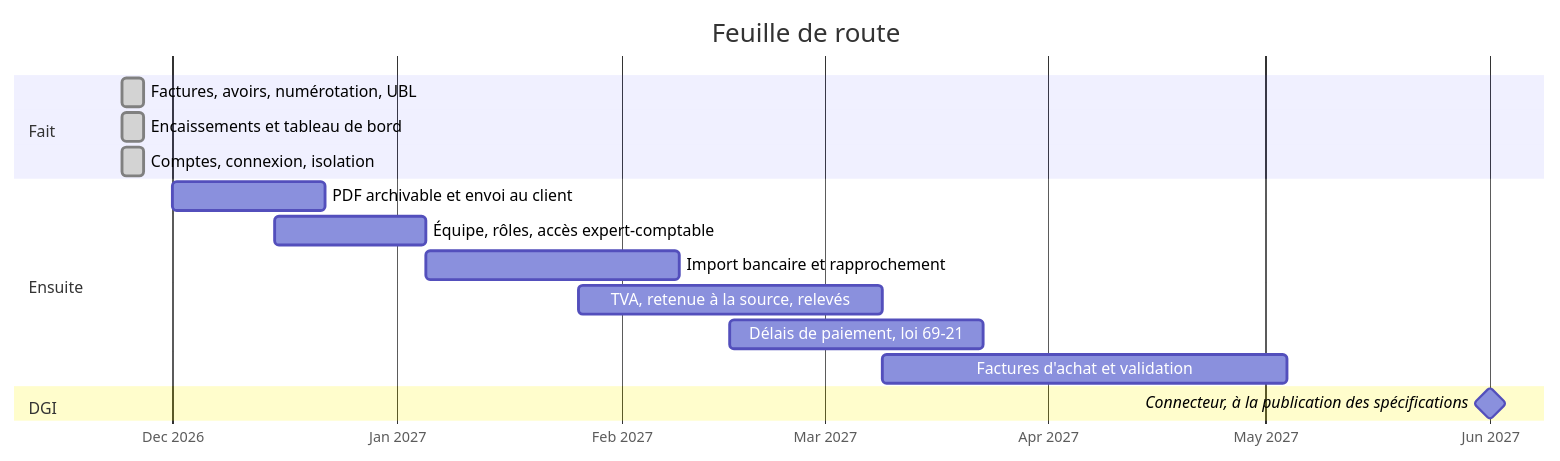
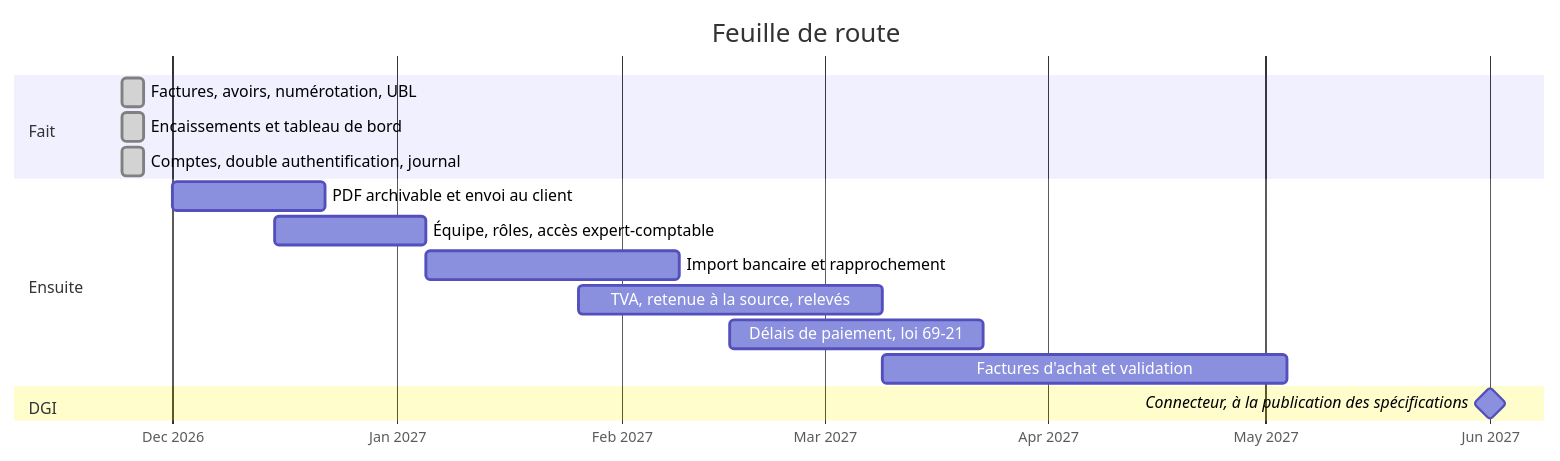
Before and after one commit to abderrahimghazali/tabaa: the fourth of 4 diagrams in README.md, drawn with Mermaid. The commit also changed other lines of this file and 58 other files, not shown here.

````diff
--- a/README.md
+++ b/README.md
@@ -218,19 +220,19 @@
 ```mermaid
 gantt
     title Feuille de route
     dateFormat YYYY-MM-DD
     axisFormat %b %Y
     section Fait
     Factures, avoirs, numérotation, UBL      :done, 2026-11-24, 3d
     Encaissements et tableau de bord         :done, 2026-11-24, 3d
-    Comptes, connexion, isolation            :done, 2026-11-24, 3d
+    Comptes, double authentification, journal :done, 2026-11-24, 3d
     section Ensuite
     PDF archivable et envoi au client        :2026-12-01, 3w
     Équipe, rôles, accès expert-comptable    :2026-12-15, 3w
     Import bancaire et rapprochement         :2027-01-05, 5w
     TVA, retenue à la source, relevés        :2027-01-26, 6w
     Délais de paiement, loi 69-21            :2027-02-16, 5w
     Factures d'achat et validation           :2027-03-09, 8w
     section DGI
     Connecteur, à la publication des spécifications :milestone, 2027-06-01, 0d
 ```
````
